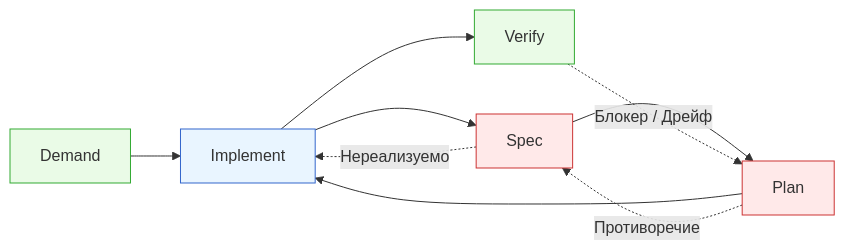
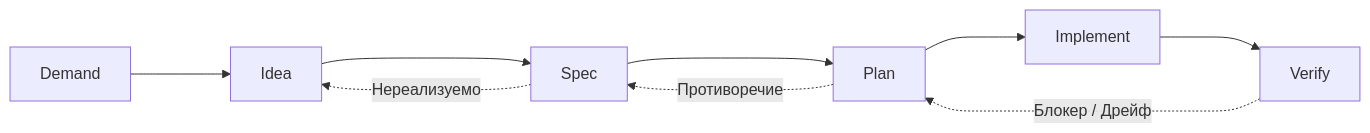
One commit to bulbigood/dispiv changed the first of 2 diagrams in README.md. Above: the diagram before and after it, drawn with Mermaid. The commit also changed other lines of this file, not shown here.

Commit message:
fix chart + add comparison with OpenSpec

````diff
--- a/README.md
+++ b/README.md
@@ -12,15 +24,8 @@
 ```mermaid
 flowchart LR
-    D[Demand] --> I[Idea] --> S[Spec] --> P[Plan] --> I[Implement] --> V[Verify]
+    D[Demand] ---> I[Idea] ---> S[Spec] ---> P[Plan] ---> B[Implement] ---> V[Verify]
     
     V -.->|Блокер / Дрейф| P
     P -.->|Противоречие| S
     S -.->|Нереализуемо| I
-    
-    classDef strong fill:#ffe9e9,stroke:#c33;
-    classDef weak fill:#e9f5ff,stroke:#36c;
-    classDef human fill:#eafbe7,stroke:#3a3;
-    class I,S,P strong
-    class I weak
-    class D,V human
 ```
````
